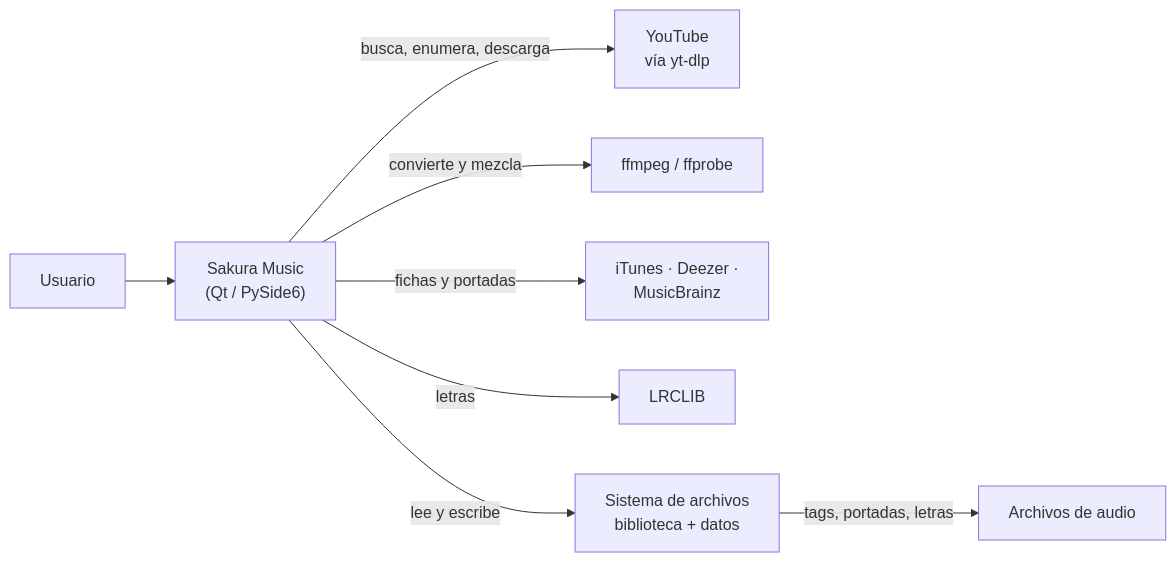
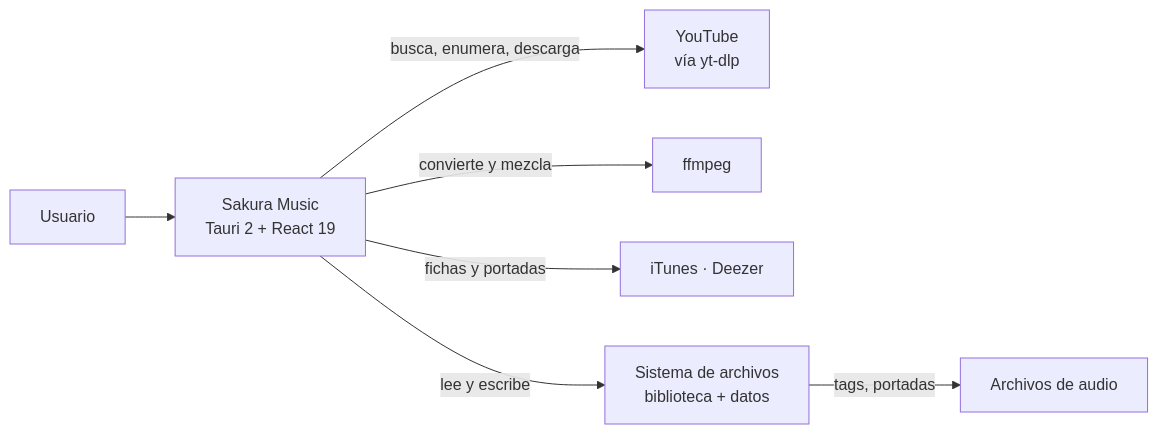
One commit to YordanoCS1/sakura-music changed the first of 6 diagrams in docs/arquitectura.md. Above: the diagram before and after it, drawn with Mermaid. The commit also changed other lines of this file and 67 other files, not shown here.

````diff
--- a/docs/arquitectura.md
+++ b/docs/arquitectura.md
@@ -11,10 +10,9 @@
 ```mermaid
 flowchart LR
-    U["Usuario"] --> APP["Sakura Music<br/>(Qt / PySide6)"]
+    U["Usuario"] --> APP["Sakura Music<br/>Tauri 2 + React 19"]
     APP -->|"busca, enumera, descarga"| YT["YouTube<br/>vía yt-dlp"]
-    APP -->|"convierte y mezcla"| FF["ffmpeg / ffprobe"]
-    APP -->|"fichas y portadas"| CAT["iTunes · Deezer ·<br/>MusicBrainz"]
-    APP -->|"letras"| LRC["LRCLIB"]
+    APP -->|"convierte y mezcla"| FF["ffmpeg"]
+    APP -->|"fichas y portadas"| CAT["iTunes · Deezer"]
     APP -->|"lee y escribe"| FS["Sistema de archivos<br/>biblioteca + datos"]
-    FS -->|"tags, portadas, letras"| AUDIO["Archivos de audio"]
+    FS -->|"tags, portadas"| AUDIO["Archivos de audio"]
 ```
````
